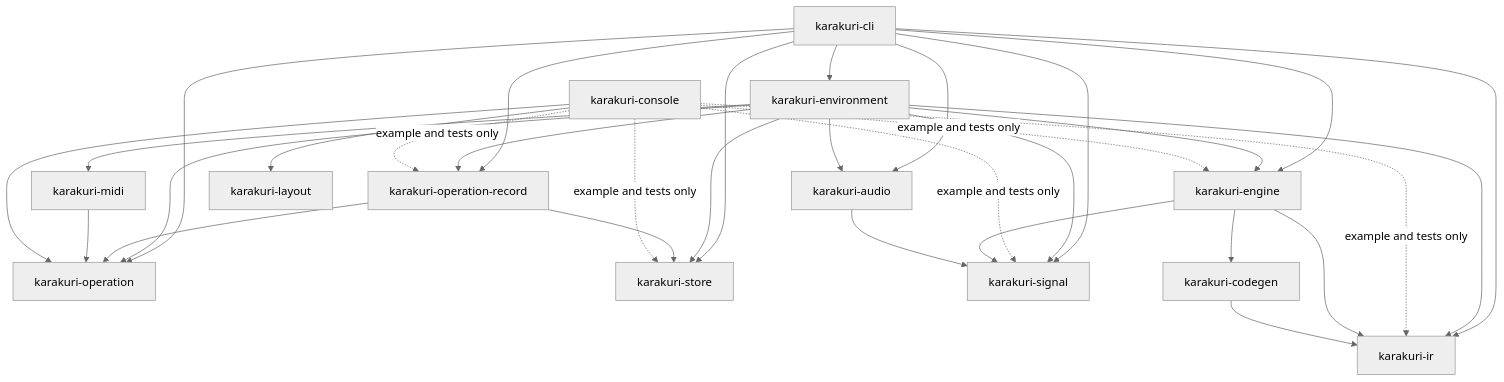
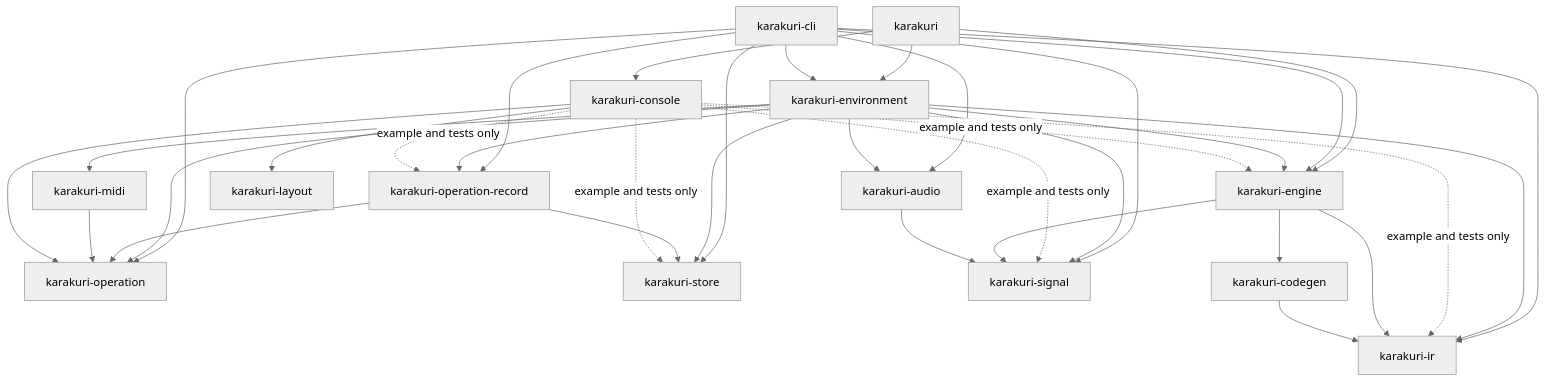
The first of 3 diagrams in docs/architecture.md (toyoshim-i/Karakuri), drawn with Mermaid (neutral theme) before and after one commit. The commit also changed other lines of this file and 24 other files, not shown here.

````diff
--- a/docs/architecture.md
+++ b/docs/architecture.md
@@ -32,41 +32,45 @@
 ```mermaid
 graph TD
+    APP[karakuri] --> CONSOLE
+    APP --> ENV
+    APP --> ENGINE
+
     CLI[karakuri-cli] --> ENV[karakuri-environment]
     CLI --> ENGINE[karakuri-engine]
     CLI --> OPRECORD[karakuri-operation-record]
     CLI --> OPERATION
     CLI --> AUDIO[karakuri-audio]
     CLI --> STORE[karakuri-store]
     CLI --> IR[karakuri-ir]
     CLI --> SIGNAL[karakuri-signal]
 
     ENV --> ENGINE
     ENV --> AUDIO
     ENV --> MIDI[karakuri-midi]
     ENV --> STORE
     ENV --> IR
     ENV --> SIGNAL
     ENV --> OPERATION
     ENV --> OPRECORD
 
     OPRECORD --> OPERATION
     OPRECORD --> STORE
 
     MIDI --> OPERATION
 
     CONSOLE[karakuri-console] --> LAYOUT[karakuri-layout]
     CONSOLE --> OPERATION[karakuri-operation]
     CONSOLE -.->|example and tests only| ENGINE
     CONSOLE -.->|example and tests only| OPRECORD
     CONSOLE -.->|example and tests only| STORE
     CONSOLE -.->|example and tests only| IR
     CONSOLE -.->|example and tests only| SIGNAL
 
     ENGINE --> CODEGEN[karakuri-codegen]
     ENGINE --> IR
     ENGINE --> SIGNAL
 
     CODEGEN --> IR
 
     AUDIO --> SIGNAL
 ```
````
